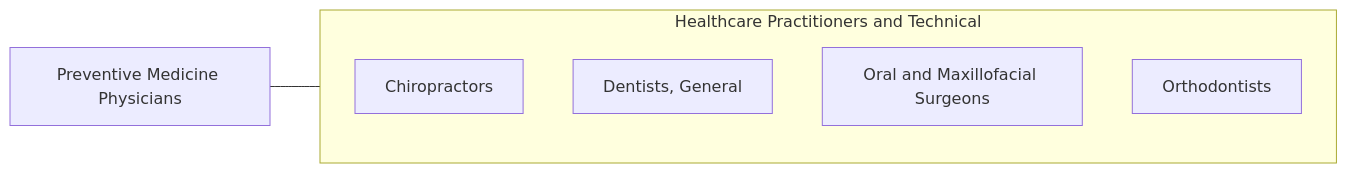
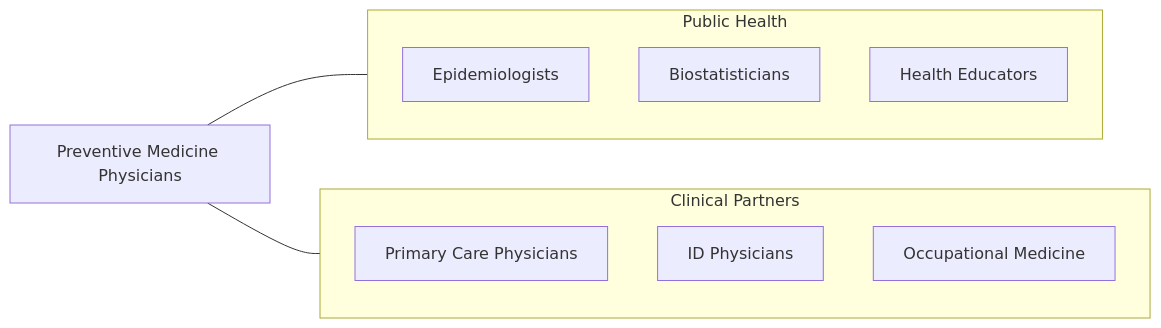
Before and after one commit to kziemski/business.org.ai: the fourth of 4 diagrams in occupations/HealthcarePractitioners/PreventiveMedicinePhysicians.mdx, drawn with Mermaid. The commit also changed other lines of this file and 938 other files, not shown here.

````diff
--- a/occupations/HealthcarePractitioners/PreventiveMedicinePhysicians.mdx
+++ b/occupations/HealthcarePractitioners/PreventiveMedicinePhysicians.mdx
@@ -105,13 +169,19 @@
 ```mermaid
 graph LR
     Current["Preventive Medicine Physicians"]
 
-    subgraph SameCategory["Healthcare Practitioners and Technical"]
-        Chiropractors["Chiropractors"]
-        DentistsGeneral["Dentists, General"]
-        OralAndMaxillofacial["Oral and Maxillofacial Surgeons"]
-        Orthodontists["Orthodontists"]
+    subgraph PublicHealth["Public Health"]
+        Epidemiologists["Epidemiologists"]
+        Biostatisticians["Biostatisticians"]
+        HealthEducators["Health Educators"]
     end
 
-    Current --- SameCategory
+    subgraph Clinical["Clinical Partners"]
+        PrimaryCare["Primary Care Physicians"]
+        InfectiousDisease["ID Physicians"]
+        OccupMed["Occupational Medicine"]
+    end
+
+    Current --- PublicHealth
+    Current --- Clinical
 ```
````
